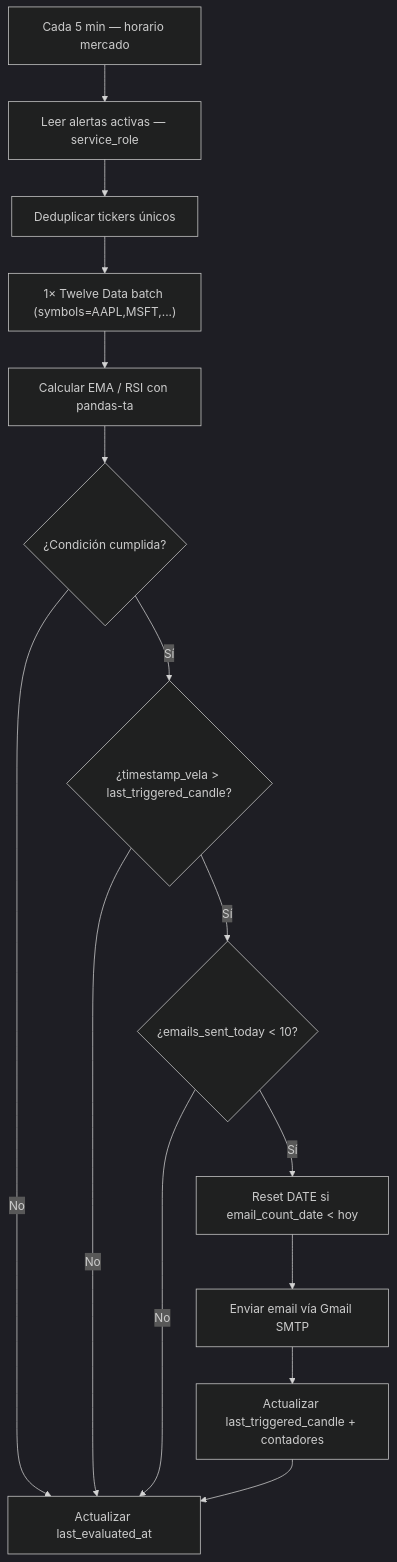
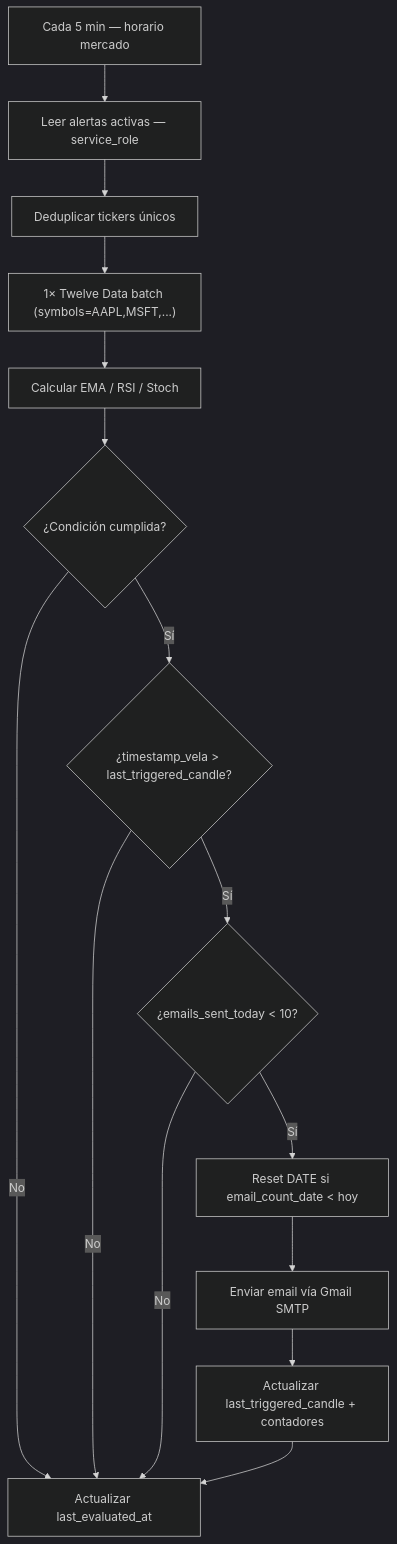
One commit to boshaftaf-rgb/finanzas-Alarma changed the first of 2 diagrams in docs/ARCHITECTURE.md. Above: the diagram before and after it, drawn with Mermaid (dark theme). The commit also changed other lines of this file and 17 other files, not shown here.

````diff
--- a/docs/ARCHITECTURE.md
+++ b/docs/ARCHITECTURE.md
@@ -262,17 +267,17 @@
 ```mermaid
 flowchart TD
     A[Cada 5 min — horario mercado] --> B[Leer alertas activas — service_role]
     B --> C[Deduplicar tickers únicos]
     C --> D["1× Twelve Data batch (symbols=AAPL,MSFT,...)"]
-    D --> E[Calcular EMA / RSI con pandas-ta]
+    D --> E[Calcular EMA / RSI / Stoch]
     E --> F{¿Condición cumplida?}
     F -->|No| G[Actualizar last_evaluated_at]
     F -->|Sí| H{¿timestamp_vela > last_triggered_candle?}
     H -->|No| G
     H -->|Sí| I{¿emails_sent_today < 10?}
     I -->|No| G
     I -->|Sí| J[Reset DATE si email_count_date < hoy]
     J --> K[Enviar email vía Gmail SMTP]
     K --> L[Actualizar last_triggered_candle + contadores]
     L --> G
 ```
````
